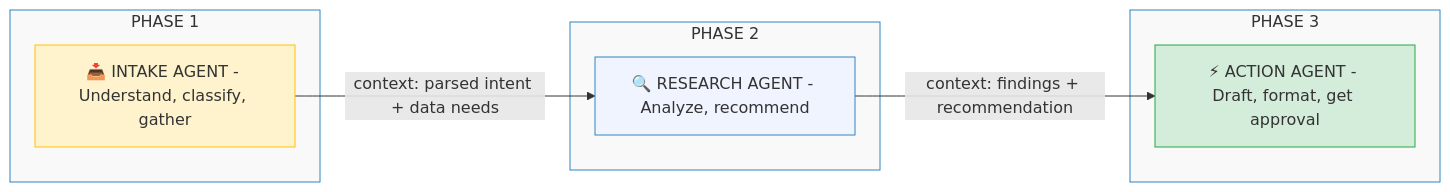
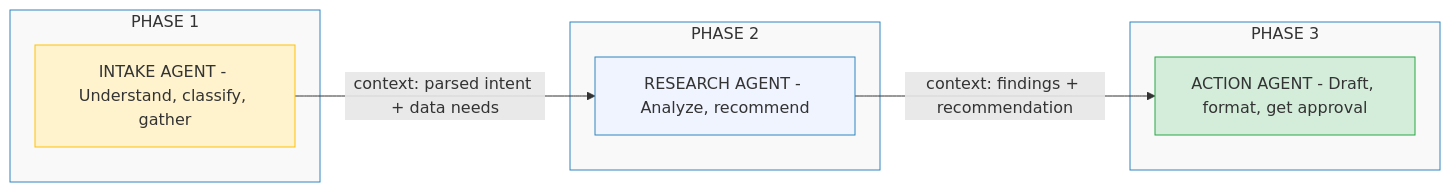
The fifth of 8 diagrams in docs/09-orchestration-patterns.md (ithinktavo/GenAI-Engineering-Handbook), drawn with Mermaid before and after one commit. The commit also changed other lines of this file and 10 other files, not shown here.

Commit message:
Diagram updates

````diff
--- a/docs/09-orchestration-patterns.md
+++ b/docs/09-orchestration-patterns.md
@@ -190,24 +190,24 @@
 ```mermaid
 graph LR
     subgraph P1 ["PHASE 1"]
-        Intake["📥 INTAKE AGENT - Understand, classify, gather"]
+        Intake["INTAKE AGENT - Understand, classify, gather"]
     end
 
     subgraph P2 ["PHASE 2"]
-        Research["🔍 RESEARCH AGENT - Analyze, recommend"]
+        Research["RESEARCH AGENT - Analyze, recommend"]
     end
 
     subgraph P3 ["PHASE 3"]
-        Action["⚡ ACTION AGENT - Draft, format, get approval"]
+        Action["ACTION AGENT - Draft, format, get approval"]
     end
 
     Intake -- "context: parsed intent + data needs" --> Research
     Research -- "context: findings + recommendation" --> Action
 
     style Intake fill:#fff3cd,stroke:#ffc107
     style Research fill:#f0f4ff,stroke:#2E86C1
     style Action fill:#d4edda,stroke:#28a745
     style P1 fill:#f9f9f9,stroke:#2E86C1
     style P2 fill:#f9f9f9,stroke:#2E86C1
     style P3 fill:#f9f9f9,stroke:#2E86C1
 ```
````
